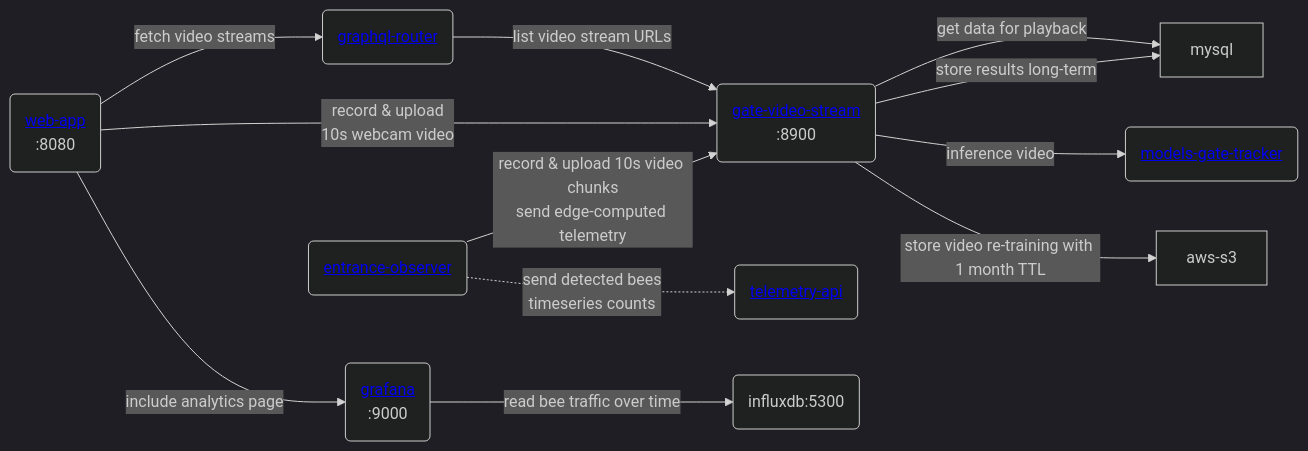
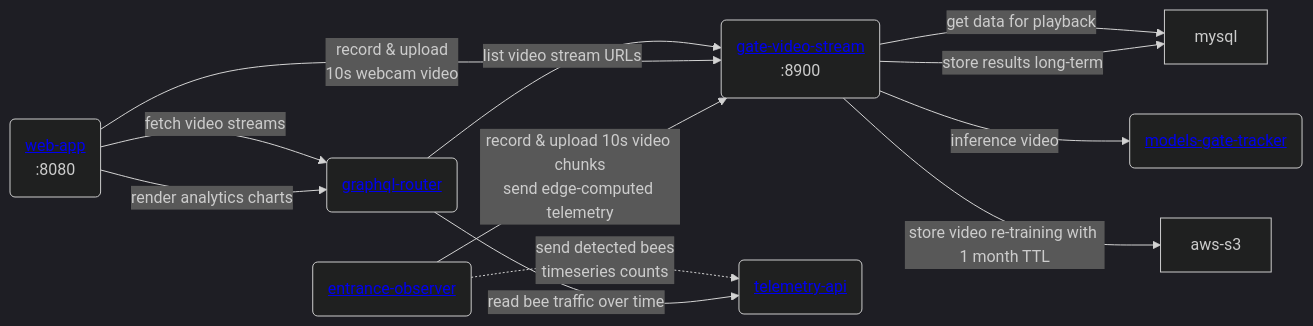
One commit to Gratheon/website2 changed the diagram in content/et/docs/entrance-observer/entrance-observer.md. Above: the diagram before and after it, drawn with Mermaid (dark theme). The commit also changed 21 other files, not shown here.

````diff
--- a/content/et/docs/entrance-observer/entrance-observer.md
+++ b/content/et/docs/entrance-observer/entrance-observer.md
@@ -12,15 +12,15 @@
 ```mermaid
 flowchart LR
 	web-app("<a href='https://github.com/Gratheon/web-app'>web-app</a>\n:8080") --"fetch video streams"--> graphql-router("<a href='https://github.com/Gratheon/graphql-router'>graphql-router</a>") --"list video stream URLs"--> gate-video-stream -- "get data for playback" --> mysql
 
 	web-app --"record & upload \n 10s webcam video"--> gate-video-stream("<a href='https://github.com/Gratheon/gate-video-stream'>gate-video-stream</a>\n:8900") --"inference video"--> models-gate-tracker("<a href='https://github.com/Gratheon/models-gate-tracker'>models-gate-tracker</a>")
 
 	gate-video-stream --"store video re-training with 1 month TTL"--> aws-s3
 	gate-video-stream --"store results long-term" --> mysql
 
 	entrance-observer("<a href='https://github.com/Gratheon/entrance-observer'>entrance-observer</a>") --"record & upload 10s video chunks\nsend edge-computed telemetry"--> gate-video-stream
 
 	entrance-observer -."send detected bees \n timeseries counts".-> telemetry-api("<a href='https://github.com/Gratheon/telemetry-api'>telemetry-api</a>")
 
-	web-app --"include analytics page"--> grafana("<a href='https://github.com/Gratheon/grafana'>grafana</a>\n:9000") --"read bee traffic over time"--> influxdb("influxdb:5300")
+	web-app --"render analytics charts"--> graphql-router("<a href='https://github.com/Gratheon/graphql-router'>graphql-router</a>") --"read bee traffic over time"--> telemetry-api
 ```
````
